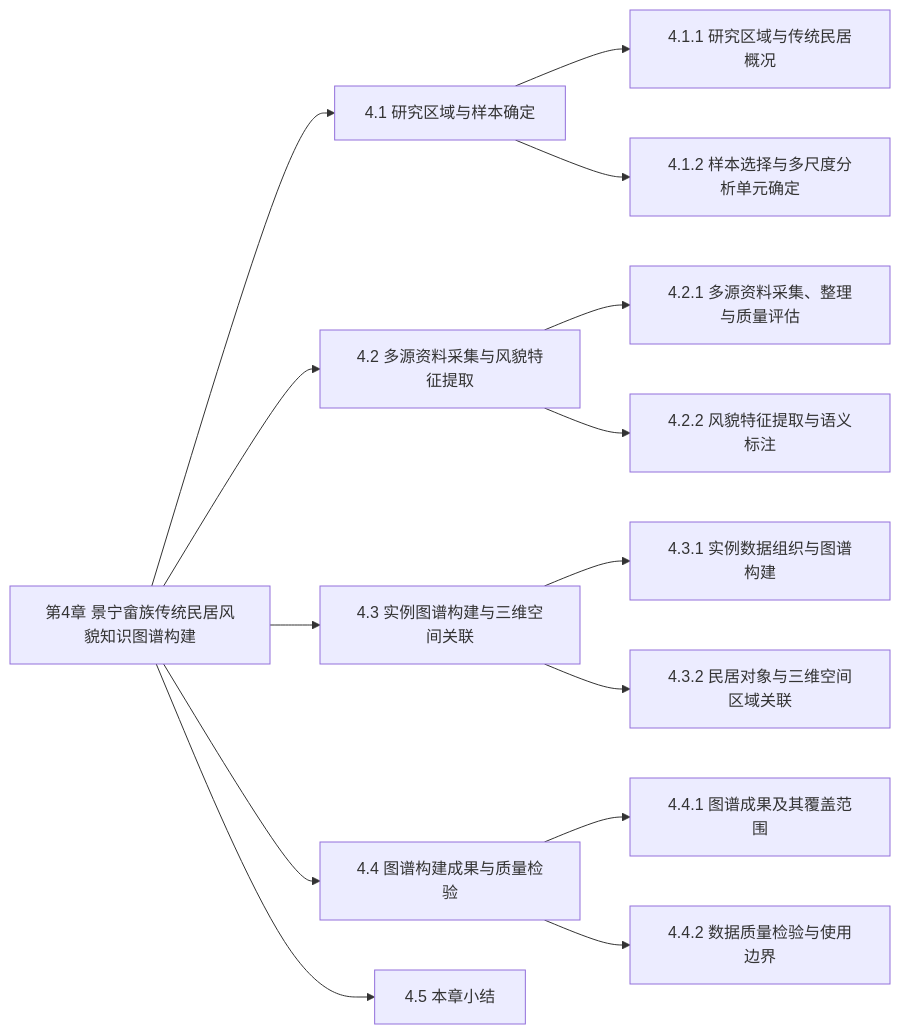
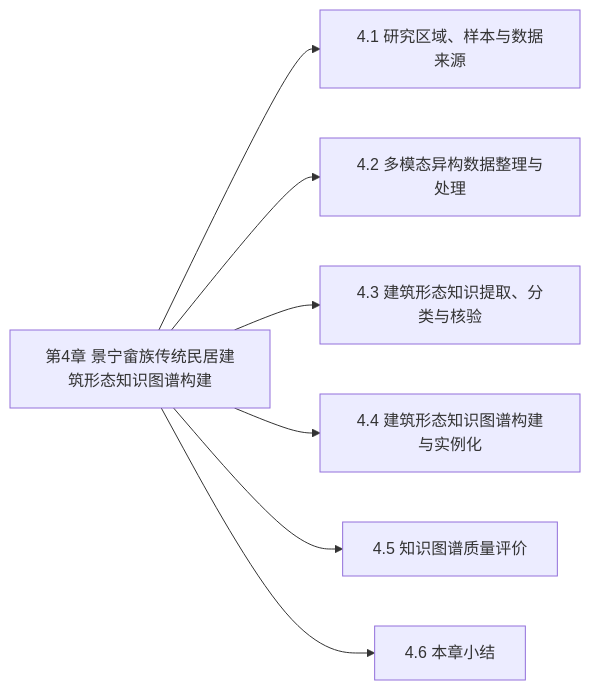
The diagram in 论文章节/章节导航/04-景宁实例.md (WYLINX601/Linx_paper), drawn with Mermaid before and after one commit. The commit also changed other lines of this file and 147 other files, not shown here.

````diff
--- a/论文章节/章节导航/04-景宁实例.md
+++ b/论文章节/章节导航/04-景宁实例.md
@@ -92,30 +84,16 @@
 ```mermaid
 flowchart LR
-  chapter-4["第4章 景宁畲族传统民居风貌知识图谱构建"]
-  section-4-sampling["4.1 研究区域与样本确定"]
+  chapter-4["第4章 景宁畲族传统民居建筑形态知识图谱构建"]
+  section-4-sampling["4.1 研究区域、样本与数据来源"]
   chapter-4 --> section-4-sampling
-  section-2-2["4.1.1 研究区域与传统民居概况"]
-  section-4-sampling --> section-2-2
-  section-2-1["4.1.2 样本选择与多尺度分析单元确定"]
-  section-4-sampling --> section-2-1
-  section-4-data-production["4.2 多源资料采集与风貌特征提取"]
+  section-4-data-production["4.2 多模态异构数据整理与处理"]
   chapter-4 --> section-4-data-production
-  section-2-4["4.2.1 多源资料采集、整理与质量评估"]
-  section-4-data-production --> section-2-4
-  section-4-2["4.2.2 风貌特征提取与语义标注"]
-  section-4-data-production --> section-4-2
-  section-4-instance-construction["4.3 实例图谱构建与三维空间关联"]
+  section-4-knowledge-extraction["4.3 建筑形态知识提取、分类与核验"]
+  chapter-4 --> section-4-knowledge-extraction
+  section-4-instance-construction["4.4 建筑形态知识图谱构建与实例化"]
   chapter-4 --> section-4-instance-construction
-  section-4-3["4.3.1 实例数据组织与图谱构建"]
-  section-4-instance-construction --> section-4-3
-  section-4-spatial-association["4.3.2 民居对象与三维空间区域关联"]
-  section-4-instance-construction --> section-4-spatial-association
-  section-4-4["4.4 图谱构建成果与质量检验"]
+  section-4-4["4.5 知识图谱质量评价"]
   chapter-4 --> section-4-4
-  sub-case-coverage["4.4.1 图谱成果及其覆盖范围"]
-  section-4-4 --> sub-case-coverage
-  sub-case-quality["4.4.2 数据质量检验与使用边界"]
-  section-4-4 --> sub-case-quality
-  section-4-5["4.5 本章小结"]
+  section-4-5["4.6 本章小结"]
   chapter-4 --> section-4-5
 ```
````
